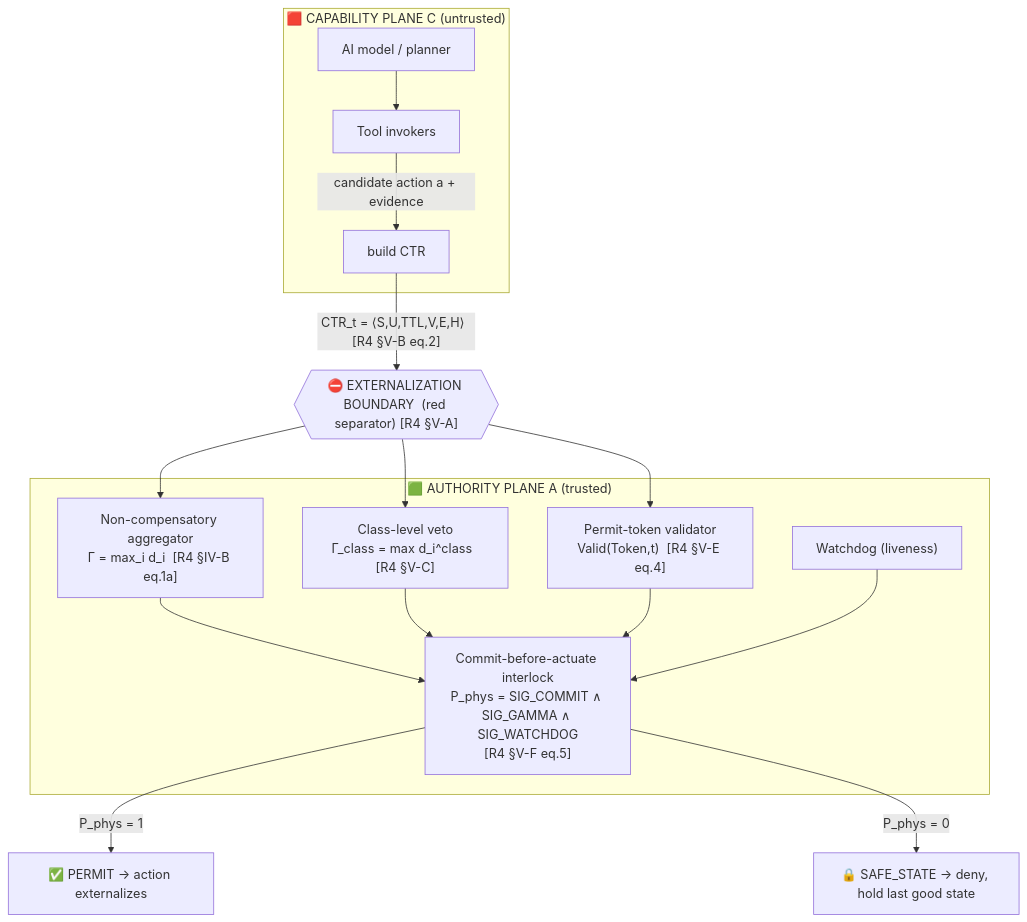
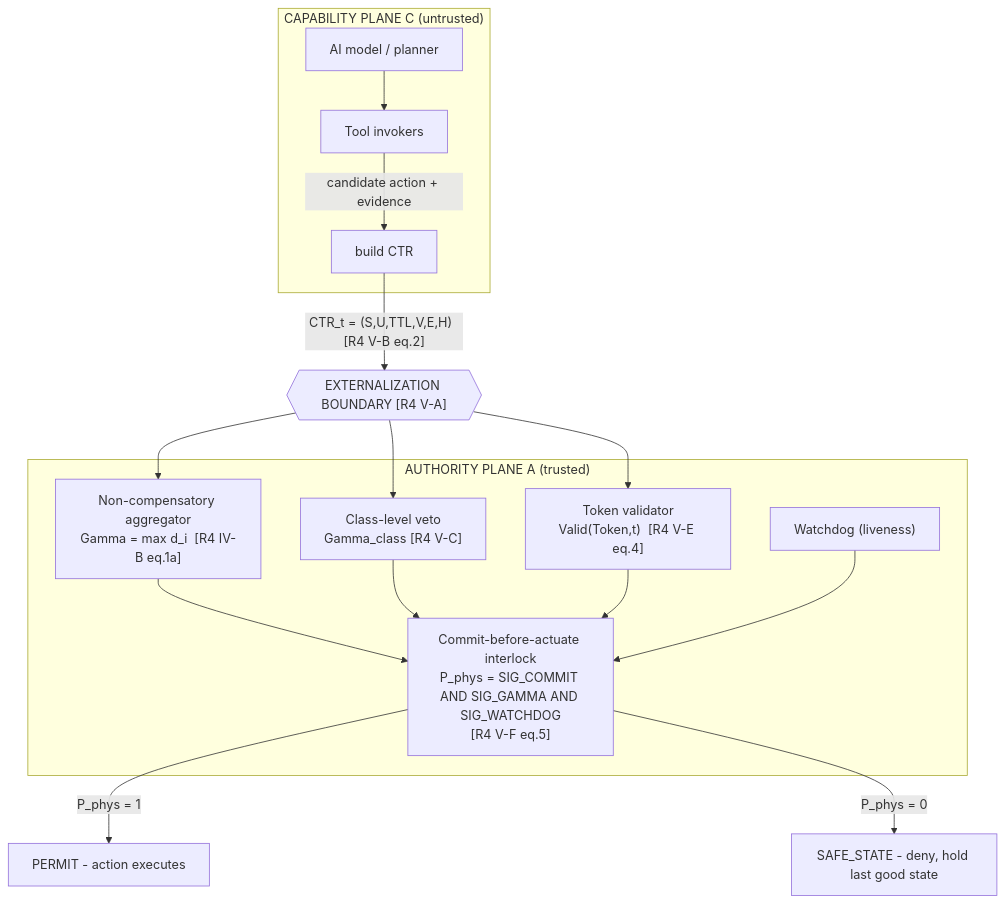
Before and after one commit to AGLakhowal/Gamma-Permit-Package: the first of 2 diagrams in code/README.md, drawn with Mermaid. The commit also changed other lines of this file, not shown here.

````diff
--- a/code/README.md
+++ b/code/README.md
@@ -47,33 +166,33 @@
 ```mermaid
 flowchart TB
-    subgraph CAP["🟥 CAPABILITY PLANE  C  (untrusted)"]
+    subgraph CAP["CAPABILITY PLANE C (untrusted)"]
         M["AI model / planner"]
         T["Tool invokers"]
         M --> T
-        T -->|"candidate action a + evidence"| CTRG["build CTR"]
+        T -->|"candidate action + evidence"| CTRG["build CTR"]
     end
 
-    CTRG -->|"CTR_t = ⟨S,U,TTL,V,E,H⟩  [R4 §V-B eq.2]"| BOUNDARY
+    CTRG -->|"CTR_t = (S,U,TTL,V,E,H)  [R4 V-B eq.2]"| BOUNDARY
 
-    BOUNDARY{{"⛔ EXTERNALIZATION BOUNDARY  (red separator) [R4 §V-A]"}}
+    BOUNDARY{{"EXTERNALIZATION BOUNDARY [R4 V-A]"}}
 
-    subgraph AUTH["🟩 AUTHORITY PLANE  A  (trusted)"]
-        AGG["Non-compensatory aggregator<br/>Γ = max_i d_i  [R4 §IV-B eq.1a]"]
-        VETO["Class-level veto<br/>Γ_class = max d_i^class  [R4 §V-C]"]
-        TOK["Permit-token validator<br/>Valid(Token,t)  [R4 §V-E eq.4]"]
+    subgraph AUTH["AUTHORITY PLANE A (trusted)"]
+        AGG["Non-compensatory aggregator<br/>Gamma = max d_i  [R4 IV-B eq.1a]"]
+        VETO["Class-level veto<br/>Gamma_class  [R4 V-C]"]
+        TOK["Token validator<br/>Valid(Token,t)  [R4 V-E eq.4]"]
         WD["Watchdog (liveness)"]
         AGG --> GATE
         VETO --> GATE
         TOK --> GATE
         WD --> GATE
     end
 
     BOUNDARY --> AGG
     BOUNDARY --> VETO
     BOUNDARY --> TOK
 
-    GATE["Commit-before-actuate interlock<br/>P_phys = SIG_COMMIT ∧ SIG_GAMMA ∧ SIG_WATCHDOG<br/>[R4 §V-F eq.5]"]
+    GATE["Commit-before-actuate interlock<br/>P_phys = SIG_COMMIT AND SIG_GAMMA AND SIG_WATCHDOG<br/>[R4 V-F eq.5]"]
 
-    GATE -->|"P_phys = 1"| PERMIT["✅ PERMIT → action externalizes"]
-    GATE -->|"P_phys = 0"| SAFE["🔒 SAFE_STATE → deny, hold last good state"]
+    GATE -->|"P_phys = 1"| PERMIT["PERMIT - action executes"]
+    GATE -->|"P_phys = 0"| SAFE["SAFE_STATE - deny, hold last good state"]
 ```
````
